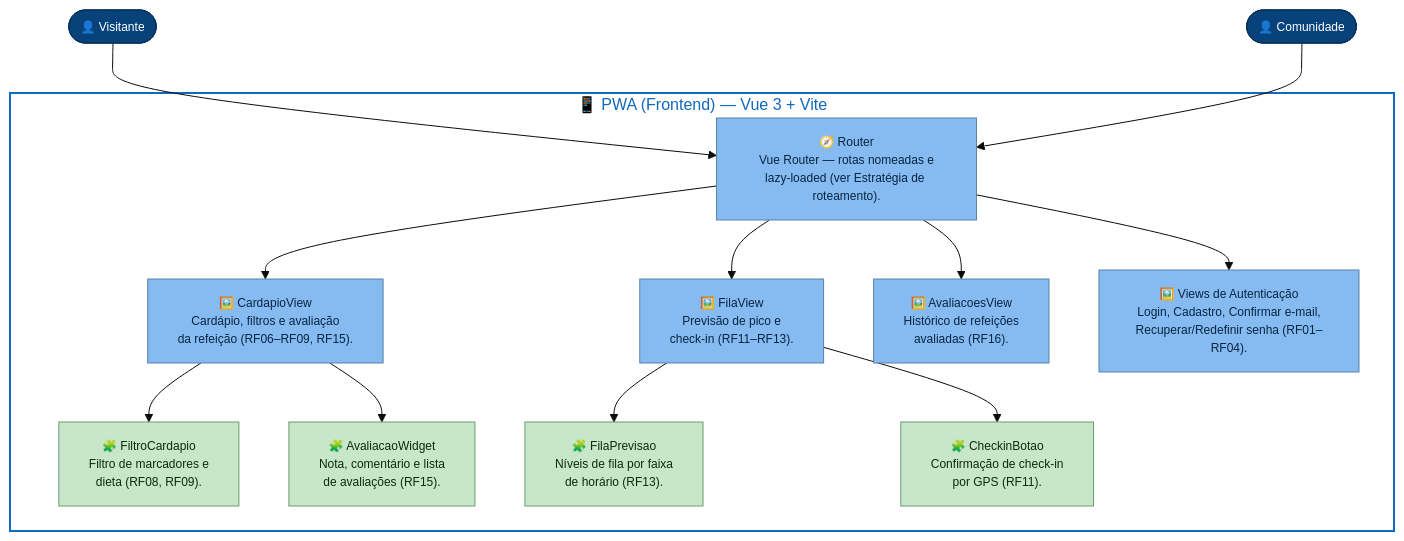
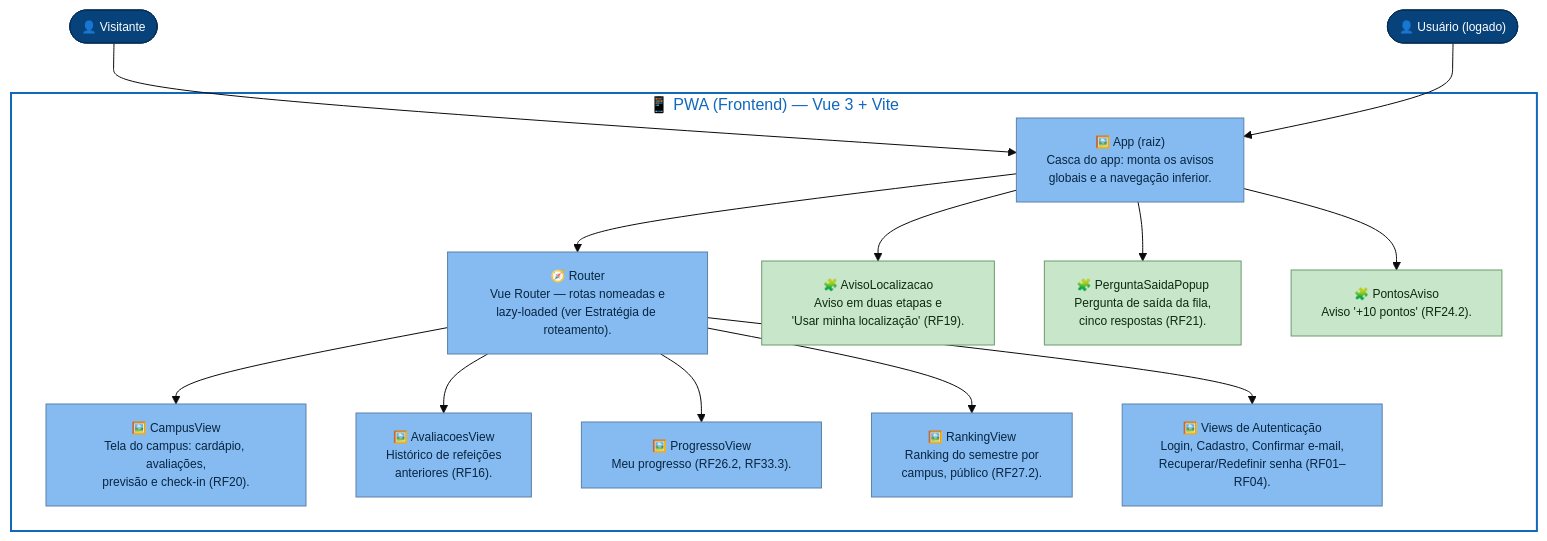
Before and after one commit to unb-mds/2026-2-Bandejao-UnB: the first of 8 diagrams in docs/arquitetura/front-end/c4-niveis-3-4-frontend-bandejao.md, drawn with Mermaid (base theme). The commit also changed other lines of this file, not shown here.

First line of the commit message:
docs(arquitetura): atualiza o C4 nível 3a do frontend com as telas da gamificação e a tela do campus

````diff
--- a/docs/arquitetura/front-end/c4-niveis-3-4-frontend-bandejao.md
+++ b/docs/arquitetura/front-end/c4-niveis-3-4-frontend-bandejao.md
@@ -45,59 +47,60 @@
 ```mermaid
 flowchart TB
   visitante(["👤 Visitante"])
-  comunidade(["👤 Comunidade"])
+  usuario(["👤 Usuário (logado)"])
 
   subgraph frontend["📱 PWA (Frontend) — Vue 3 + Vite"]
+    app["🖼️ App (raiz)
+Casca do app: monta os avisos
+globais e a navegação inferior."]
     router["🧭 Router
 Vue Router — rotas nomeadas e
 lazy-loaded (ver Estratégia de roteamento)."]
 
-    cardapioView["🖼️ CardapioView
-Cardápio, filtros e avaliação
-da refeição (RF06–RF09, RF15)."]
-    filaView["🖼️ FilaView
-Previsão de pico e
-check-in (RF11–RF13)."]
+    campusView["🖼️ CampusView
+Tela do campus: cardápio, avaliações,
+previsão e check-in (RF20)."]
     avaliacoesView["🖼️ AvaliacoesView
 Histórico de refeições
-avaliadas (RF16)."]
+anteriores (RF16)."]
+    progressoView["🖼️ ProgressoView
+Meu progresso (RF26.2, RF33.3)."]
+    rankingView["🖼️ RankingView
+Ranking do semestre por
+campus, público (RF27.2)."]
     authViews["🖼️ Views de Autenticação
 Login, Cadastro, Confirmar e-mail,
 Recuperar/Redefinir senha (RF01–RF04)."]
 
-    filtroCardapio["🧩 FiltroCardapio
-Filtro de marcadores e
-dieta (RF08, RF09)."]
-    avaliacaoWidget["🧩 AvaliacaoWidget
-Nota, comentário e lista
-de avaliações (RF15)."]
-    filaPrevisao["🧩 FilaPrevisao
-Níveis de fila por faixa
-de horário (RF13)."]
-    checkinBotao["🧩 CheckinBotao
-Confirmação de check-in
-por GPS (RF11)."]
+    avisoLocalizacao["🧩 AvisoLocalizacao
+Aviso em duas etapas e
+'Usar minha localização' (RF19)."]
+    perguntaSaida["🧩 PerguntaSaidaPopup
+Pergunta de saída da fila,
+cinco respostas (RF21)."]
+    pontosAviso["🧩 PontosAviso
+Aviso '+10 pontos' (RF24.2)."]
   end
 
-  visitante --> router
-  comunidade --> router
-  router --> cardapioView
-  router --> filaView
+  visitante --> app
+  usuario --> app
+  app --> router
+  app --> avisoLocalizacao
+  app --> perguntaSaida
+  app --> pontosAviso
+  router --> campusView
   router --> avaliacoesView
+  router --> progressoView
+  router --> rankingView
   router --> authViews
-
-  cardapioView --> filtroCardapio
-  cardapioView --> avaliacaoWidget
-  filaView --> filaPrevisao
-  filaView --> checkinBotao
 
   classDef person fill:#08427b,stroke:#052e56,color:#fff,font-size:12px
   classDef view fill:#85bbf0,stroke:#5d82a8,color:#082542,font-size:12px
   classDef component fill:#c8e6c9,stroke:#6b9b6e,color:#0d2b0e,font-size:12px
   classDef boundary fill:#ffffff,stroke:#1168bd,stroke-width:2px,color:#1168bd
 
-  class visitante,comunidade person
-  class router,cardapioView,filaView,avaliacoesView,authViews view
-  class filtroCardapio,avaliacaoWidget,filaPrevisao,checkinBotao component
+  class visitante,usuario person
+  class app,router,campusView,avaliacoesView,progressoView,rankingView,authViews view
+  class avisoLocalizacao,perguntaSaida,pontosAviso component
   class frontend boundary
 ```
````
